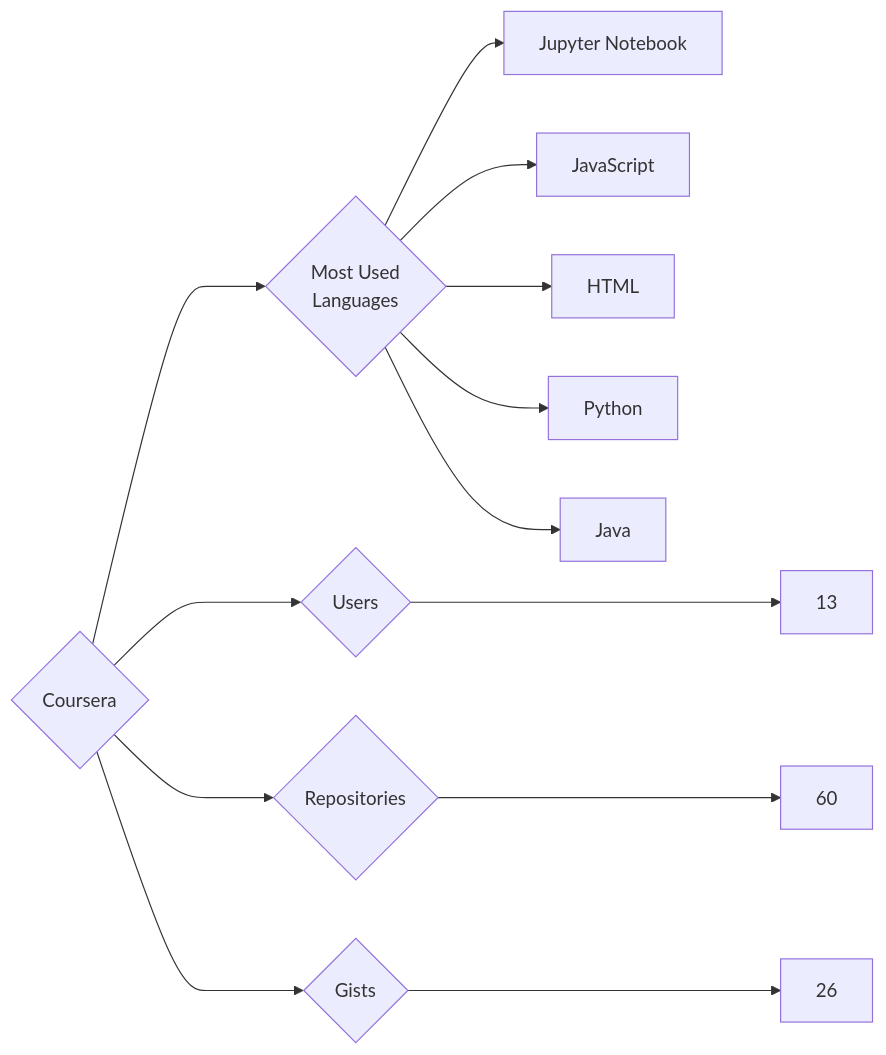
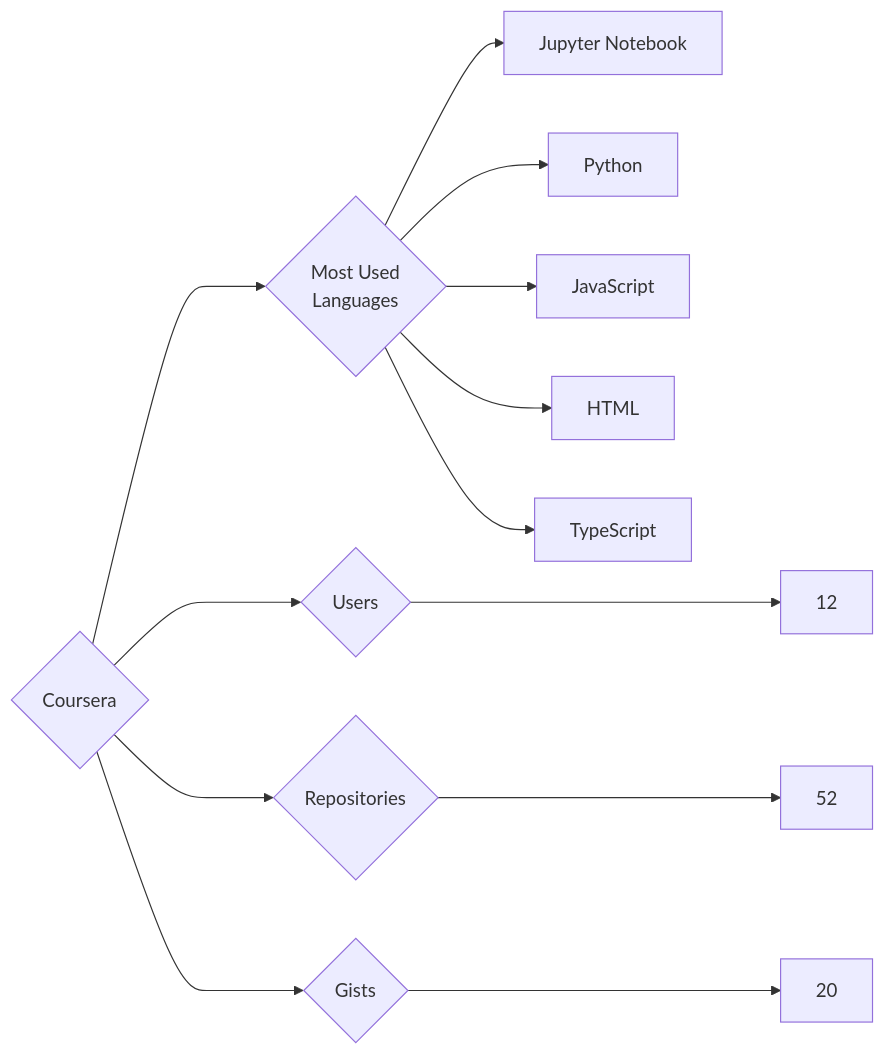
Before and after one commit to trickest/insiders: the diagram in targets/Coursera/README.md, drawn with Mermaid. The commit also changed 882 other files, not shown here.

````diff
--- a/targets/Coursera/README.md
+++ b/targets/Coursera/README.md
@@ -3,13 +3,13 @@
 ```mermaid
 graph LR
 COMPANY_NAME{Coursera}
-COMPANY_NAME ---> U{Users} ---> UN[13]
-COMPANY_NAME ---> R{Repositories} ---> RN[60]
-COMPANY_NAME ---> G{Gists} ---> GN[26]
+COMPANY_NAME ---> U{Users} ---> UN[12]
+COMPANY_NAME ---> R{Repositories} ---> RN[52]
+COMPANY_NAME ---> G{Gists} ---> GN[20]
 COMPANY_NAME ---> ML{Most Used<br>Languages}
 ML --> Jupyter_Notebook[Jupyter Notebook]
+ML --> Python[Python]
 ML --> JavaScript[JavaScript]
 ML --> HTML[HTML]
-ML --> Python[Python]
-ML --> Java[Java]
+ML --> TypeScript[TypeScript]
 ```
````
